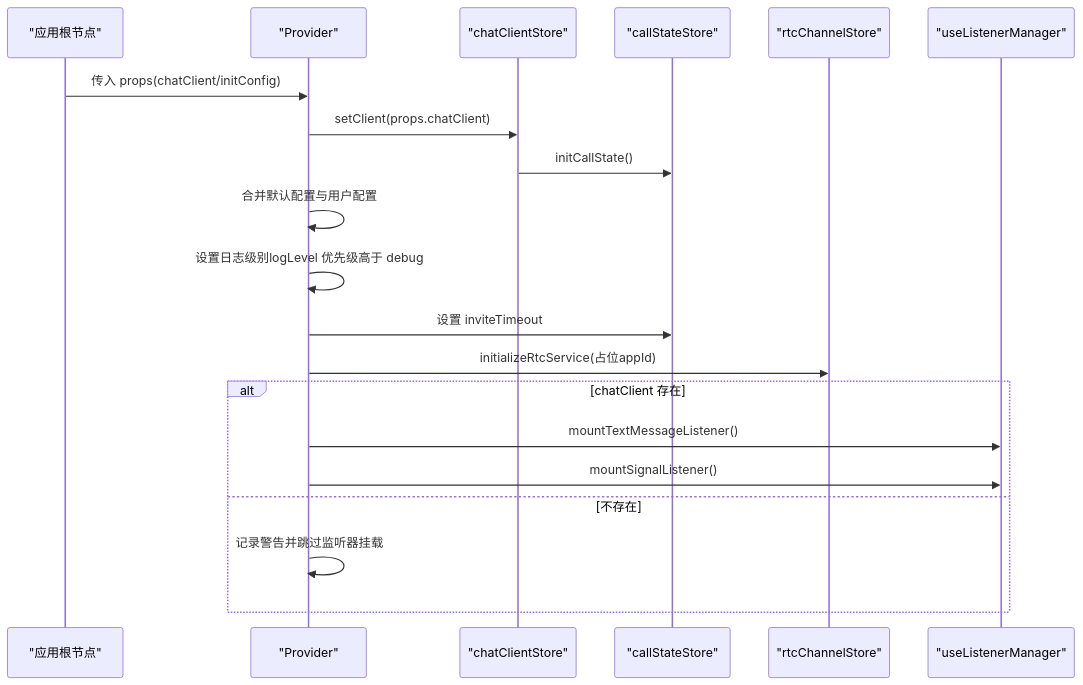
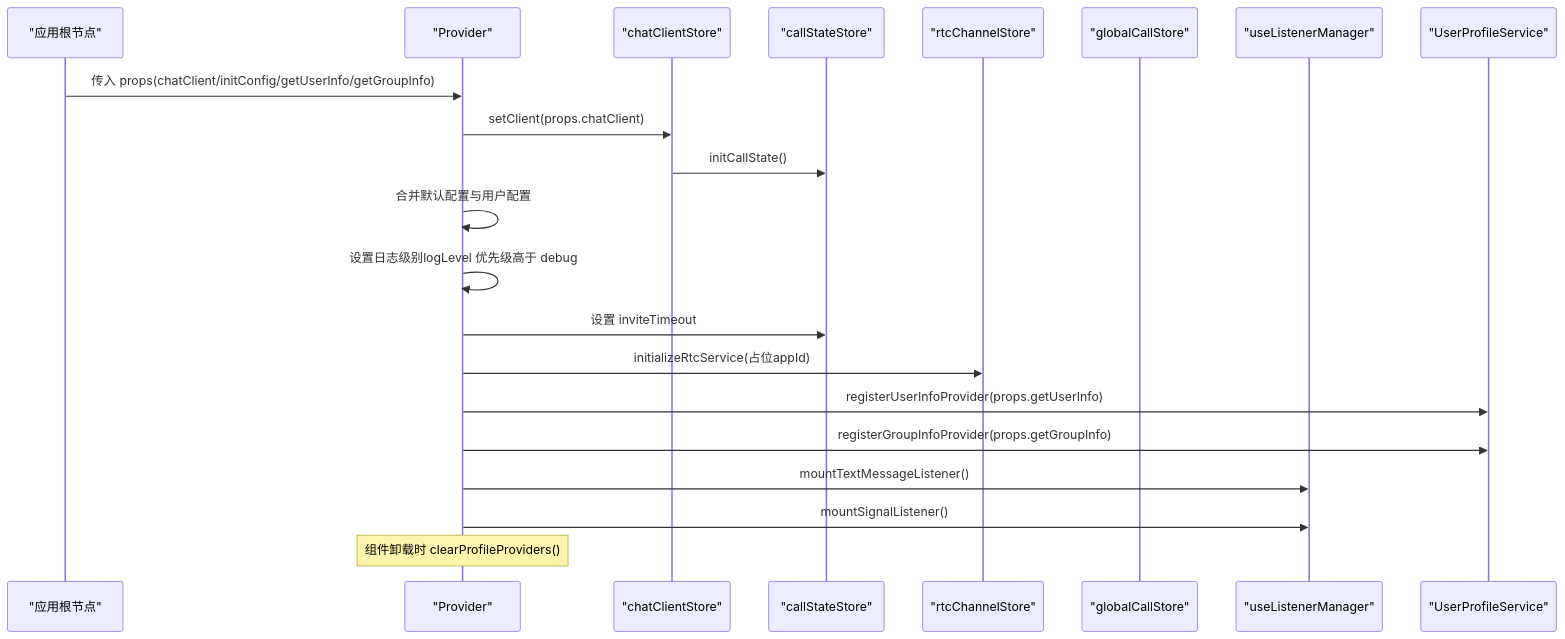
Before and after one commit to Easemob-Community/easemob-uikit-callkit-vue3: the fourth of 5 diagrams in .qoder/repowiki/zh/content/核心组件/Provider 组件.md, drawn with Mermaid. The commit also changed other lines of this file and 15 other files, not shown here.

````diff
--- a/.qoder/repowiki/zh/content/核心组件/Provider 组件.md
+++ b/.qoder/repowiki/zh/content/核心组件/Provider 组件.md
@@ -189,22 +235,23 @@
 ```mermaid
 sequenceDiagram
 participant Root as "应用根节点"
 participant Provider as "Provider"
 participant ChatStore as "chatClientStore"
 participant CallState as "callStateStore"
 participant RtcStore as "rtcChannelStore"
+participant GlobalStore as "globalCallStore"
 participant Listener as "useListenerManager"
-Root->>Provider : 传入 props(chatClient/initConfig)
+participant UserSvc as "UserProfileService"
+Root->>Provider : 传入 props(chatClient/initConfig/getUserInfo/getGroupInfo)
 Provider->>ChatStore : setClient(props.chatClient)
 ChatStore->>CallState : initCallState()
 Provider->>Provider : 合并默认配置与用户配置
 Provider->>Provider : 设置日志级别logLevel 优先级高于 debug
 Provider->>CallState : 设置 inviteTimeout
 Provider->>RtcStore : initializeRtcService(占位appId)
-alt chatClient 存在
+Provider->>UserSvc : registerUserInfoProvider(props.getUserInfo)
+Provider->>UserSvc : registerGroupInfoProvider(props.getGroupInfo)
 Provider->>Listener : mountTextMessageListener()
 Provider->>Listener : mountSignalListener()
-else 不存在
-Provider->>Provider : 记录警告并跳过监听器挂载
-end
+Note over Provider : 组件卸载时 clearProfileProviders()
 ```
````
